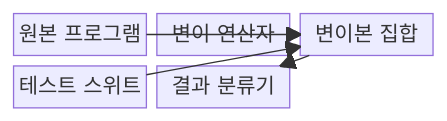
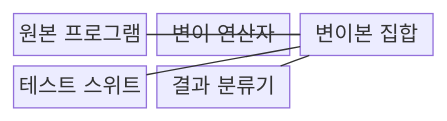
One commit to agnusdei1207/knowledge-base changed the first of 2 diagrams in src/content/docs/notes/03-software/061_mutation_testing.md. Above: the diagram before and after it, drawn with Mermaid. The commit also changed other lines of this file and 493 other files, not shown here.

````diff
--- a/src/content/docs/notes/03-software/061_mutation_testing.md
+++ b/src/content/docs/notes/03-software/061_mutation_testing.md
@@ -68,13 +68,13 @@
 ```mermaid
-block
+block-beta
   columns 3
   O["원본 프로그램"]
   P["변이 연산자"]
   U["변이본 집합"]
   T["테스트 스위트"]
   C["결과 분류기"]
-  O --> U
-  P --> U
-  T --> U
-  U --> C
+  O --- U
+  P --- U
+  T --- U
+  U --- C
 ```
````
